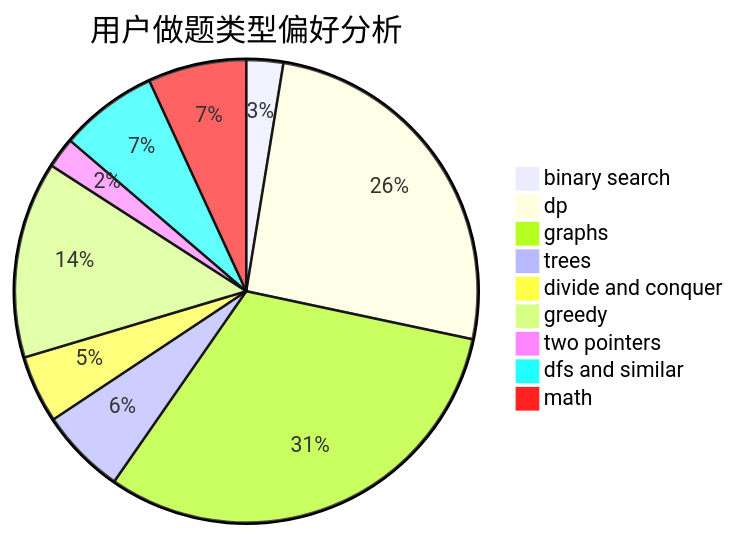
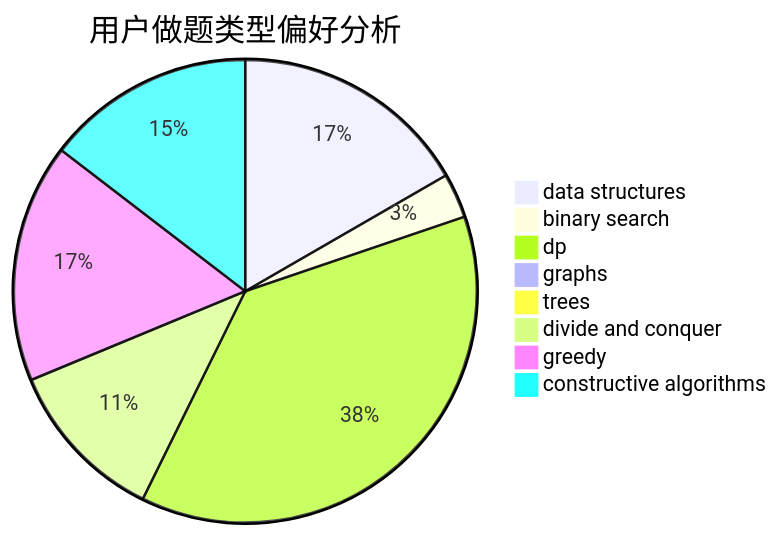
Before and after one commit to sherpahu/cfrs.github.io: the second of 3 diagrams in docs/user/u1572.md, drawn with Mermaid. The commit also changed other lines of this file and 2775 other files, not shown here.

````diff
--- a/docs/user/u1572.md
+++ b/docs/user/u1572.md
@@ -23,12 +23,11 @@
 ```mermaid
 pie title 用户做题类型偏好分析
-    "binary search" :  6
-    "dp" :  60
-    "graphs" :  73
-    "trees" :  14
+    "data structures" :  16
+    "binary search" :  3
+    "dp" :  36
+    "graphs" :  0
+    "trees" :  0
     "divide and conquer" :  11
-    "greedy" :  32
-    "two pointers" :  5
-    "dfs and similar" :  16
-    "math" :  16
+    "greedy" :  16
+    "constructive algorithms" :  14
 ```
````
